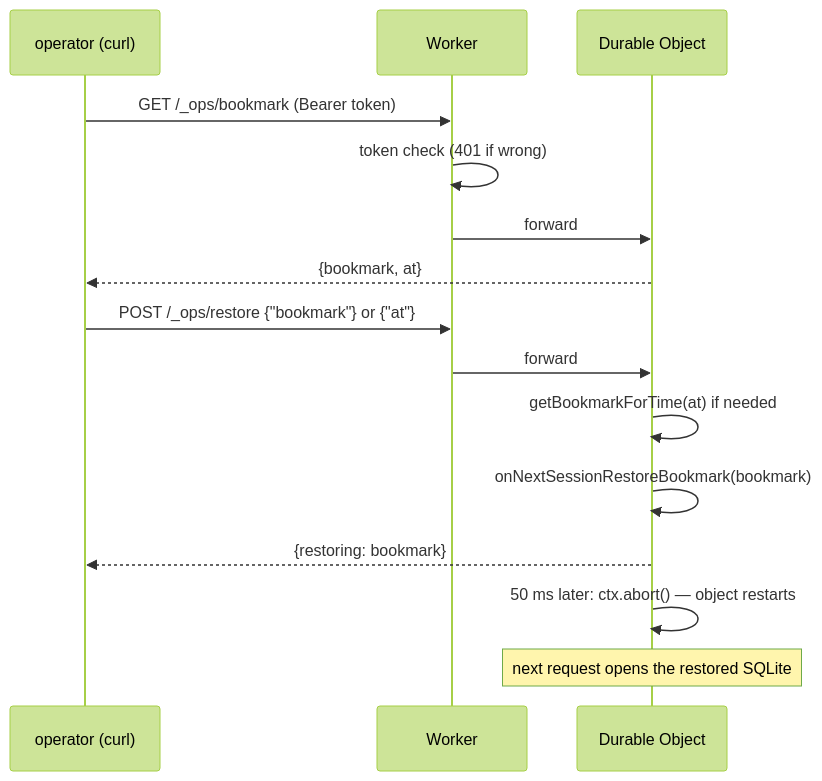
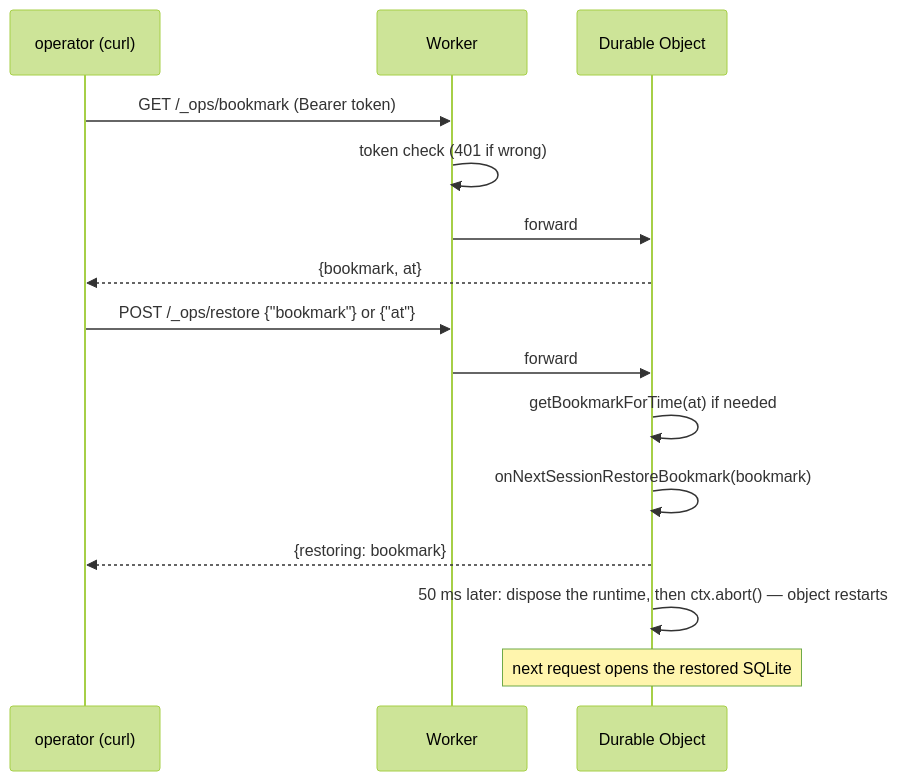
Before and after one commit to pruett/board: the second of 2 diagrams in docs/architecture/03-persistence.md, drawn with Mermaid (forest theme). The commit also changed other lines of this file and 17 other files, not shown here.

First line of the commit message:
host-cloudflare: one ManagedRuntime per Durable Object from Layers; /_ops/ on effect/http HttpRouter

````diff
--- a/docs/architecture/03-persistence.md
+++ b/docs/architecture/03-persistence.md
@@ -77,17 +78,17 @@
 ```mermaid
 sequenceDiagram
   participant O as operator (curl)
   participant W as Worker
   participant D as Durable Object
   O->>W: GET /_ops/bookmark (Bearer token)
   W->>W: token check (401 if wrong)
   W->>D: forward
   D-->>O: {bookmark, at}
   O->>W: POST /_ops/restore {"bookmark"} or {"at"}
   W->>D: forward
   D->>D: getBookmarkForTime(at) if needed
   D->>D: onNextSessionRestoreBookmark(bookmark)
   D-->>O: {restoring: bookmark}
-  D->>D: 50 ms later: ctx.abort() — object restarts
+  D->>D: 50 ms later: dispose the runtime, then ctx.abort() — object restarts
   Note over D: next request opens the restored SQLite
 ```
````
